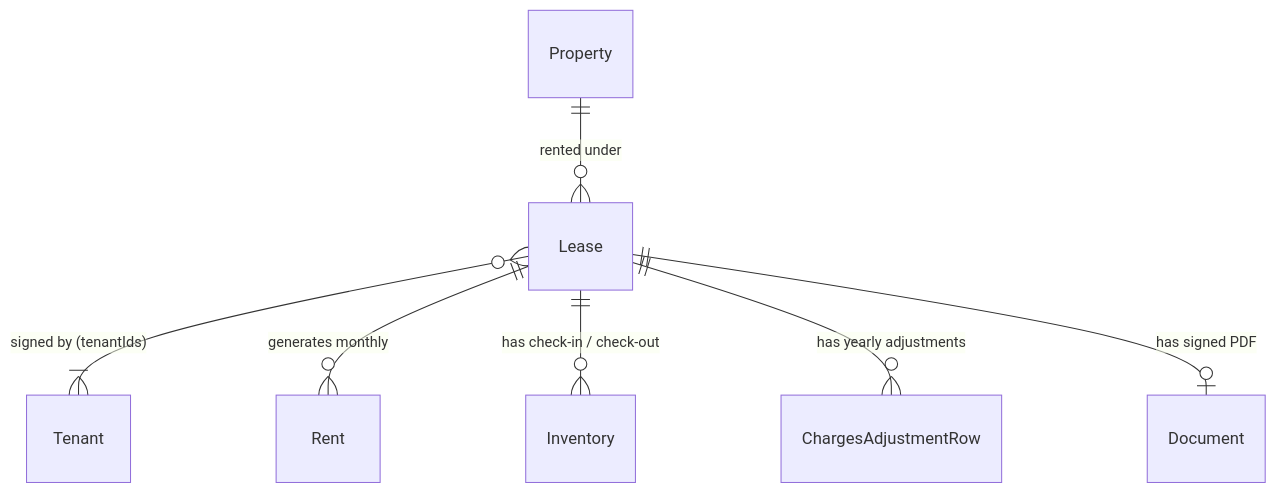
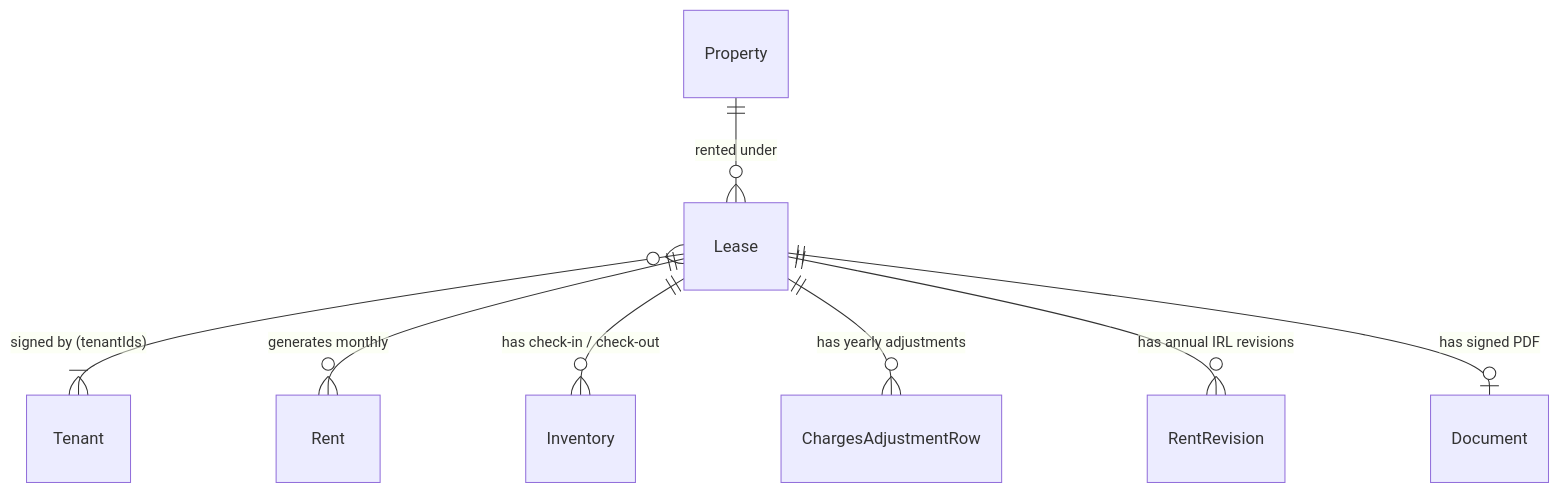
The second of 2 diagrams in specs/leases.md (stalina/locapilot), drawn with Mermaid before and after one commit. The commit also changed other lines of this file and 23 other files, not shown here.

First line of the commit message:
feat(indexation): add annual IRL rent revision (issue #41)

````diff
--- a/specs/leases.md
+++ b/specs/leases.md
@@ -93,9 +93,10 @@
 ```mermaid
 erDiagram
     Property ||--o{ Lease : "rented under"
     Lease }o--|{ Tenant : "signed by (tenantIds)"
     Lease ||--o{ Rent : "generates monthly"
     Lease ||--o{ Inventory : "has check-in / check-out"
     Lease ||--o{ ChargesAdjustmentRow : "has yearly adjustments"
+    Lease ||--o{ RentRevision : "has annual IRL revisions"
     Lease ||--o| Document : "has signed PDF"
 ```
````
